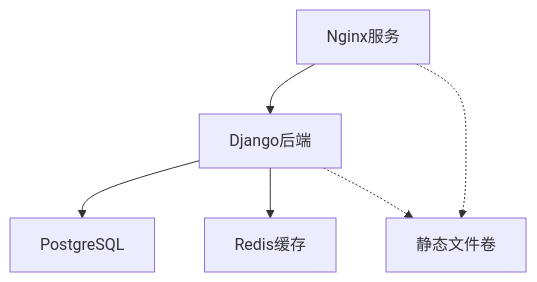
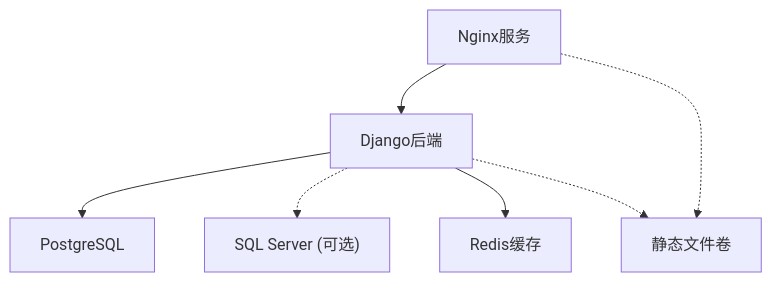
Before and after one commit to zyp-coder/Metadata: the fifth of 5 diagrams in .qoder/repowiki/zh/content/部署配置/生产环境部署.md, drawn with Mermaid. The commit also changed other lines of this file and 49 other files, not shown here.

````diff
--- a/.qoder/repowiki/zh/content/部署配置/生产环境部署.md
+++ b/.qoder/repowiki/zh/content/部署配置/生产环境部署.md
@@ -415,8 +460,9 @@
 ```mermaid
 graph TD
 Nginx["Nginx服务"] --> Backend["Django后端"]
 Backend --> DB["PostgreSQL"]
+Backend -.-> SQLServer["SQL Server (可选)"]
 Backend --> Redis["Redis缓存"]
 Backend -.-> Static["静态文件卷"]
 Nginx -.-> Static
 ```
````
